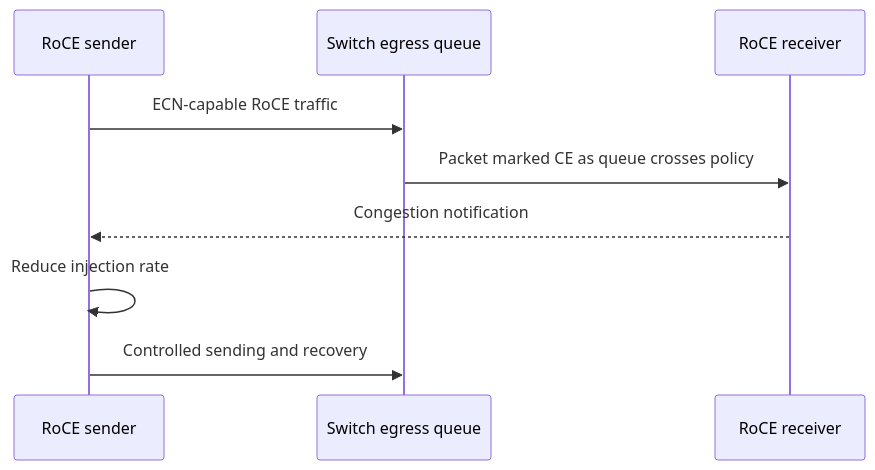
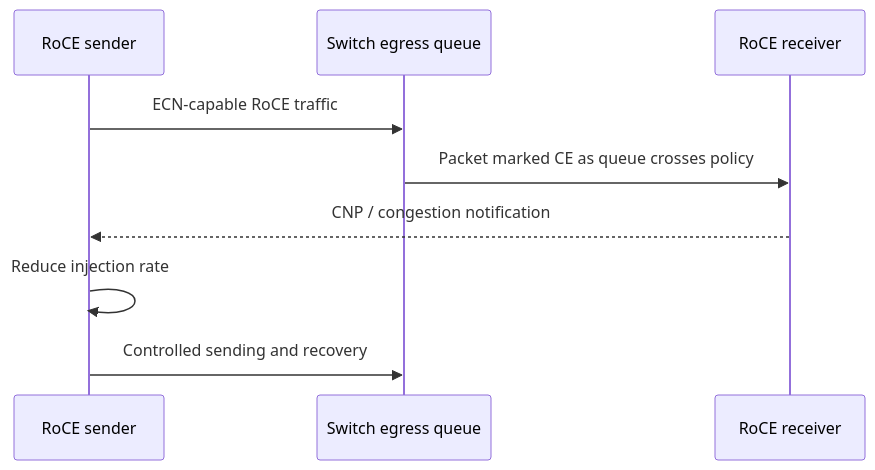
Before and after one commit to jithinpnjm/nvidia-devops: the first of 2 diagrams in docs/nvidia-zero-to-hero/volume-09/chapter-05-ecn-and-dcqcn.md, drawn with Mermaid. The commit also changed other lines of this file and 3 other files, not shown here.

````diff
--- a/docs/nvidia-zero-to-hero/volume-09/chapter-05-ecn-and-dcqcn.md
+++ b/docs/nvidia-zero-to-hero/volume-09/chapter-05-ecn-and-dcqcn.md
@@ -40,11 +40,11 @@
 ```mermaid
 sequenceDiagram
     participant S as RoCE sender
     participant Q as Switch egress queue
     participant R as RoCE receiver
     S->>Q: ECN-capable RoCE traffic
     Q->>R: Packet marked CE as queue crosses policy
-    R-->>S: Congestion notification
+    R-->>S: CNP / congestion notification
     S->>S: Reduce injection rate
     S->>Q: Controlled sending and recovery
 ```
````
